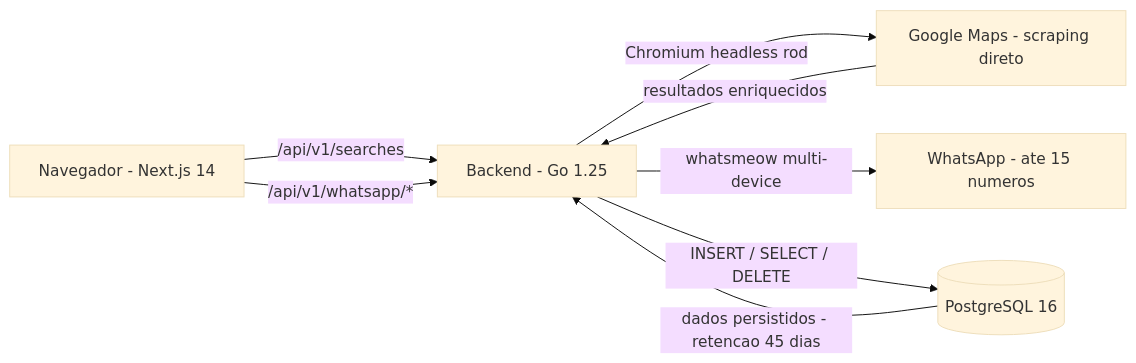
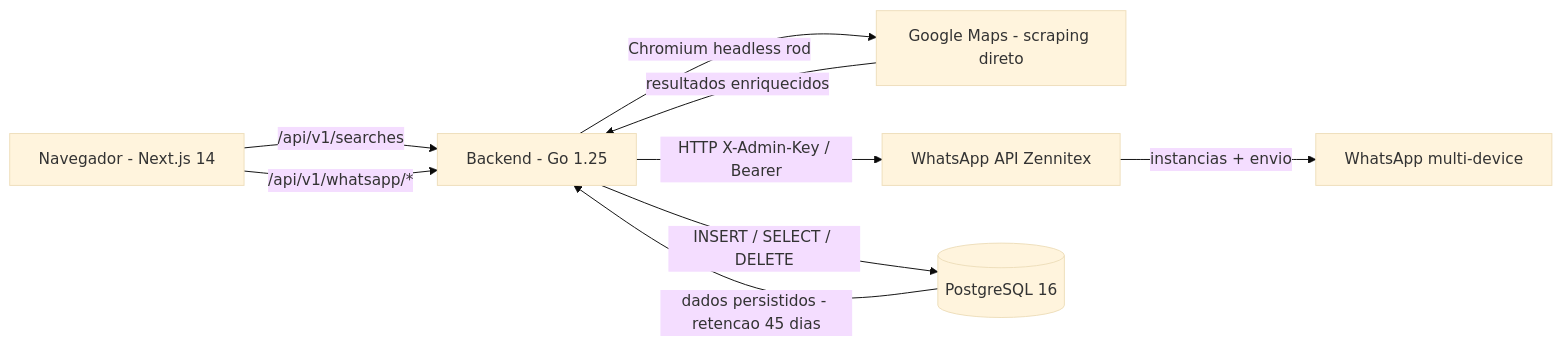
The diagram in README.md (leonardo-turque/Clicars-Search), drawn with Mermaid (base theme) before and after one commit. The commit also changed other lines of this file and 11 other files, not shown here.

First line of the commit message:
feat(whatsapp): integrate hosted Zennitex WhatsApp API client

````diff
--- a/README.md
+++ b/README.md
@@ -38,10 +38,11 @@
 ```mermaid
 graph LR
     Browser["Navegador - Next.js 14"] -->|"/api/v1/searches"| API["Backend - Go 1.25"]
     Browser -->|"/api/v1/whatsapp/*"| API
     API -->|"Chromium headless rod"| GMaps["Google Maps - scraping direto"]
-    API -->|"whatsmeow multi-device"| WA["WhatsApp - ate 15 numeros"]
+    API -->|"HTTP X-Admin-Key / Bearer"| WA["WhatsApp API Zennitex"]
     API -->|"INSERT / SELECT / DELETE"| DB[("PostgreSQL 16")]
     GMaps -->|"resultados enriquecidos"| API
     DB -->|"dados persistidos - retencao 45 dias"| API
+    WA -->|"instancias + envio"| WhatsApp["WhatsApp multi-device"]
 ```
````
